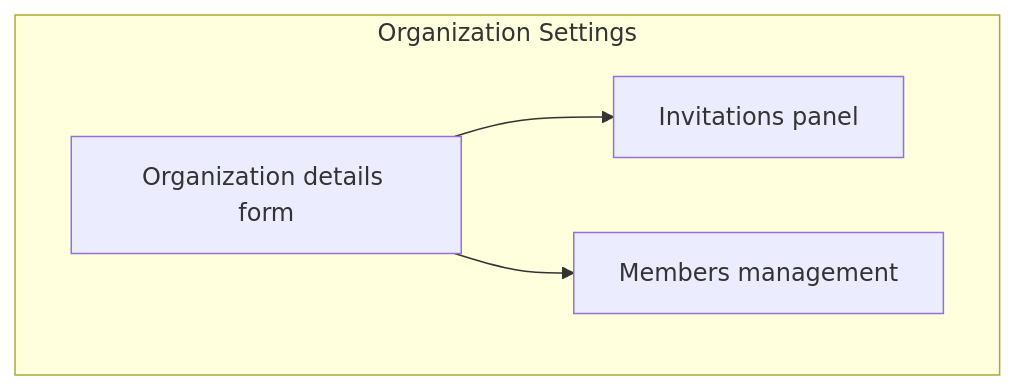
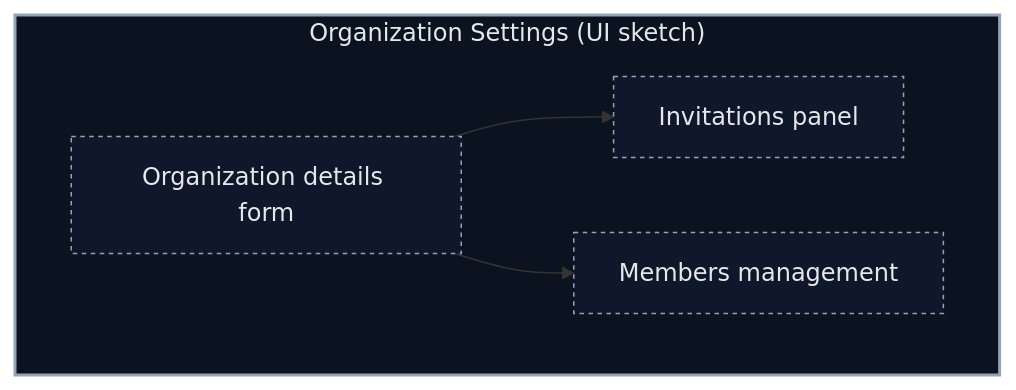
The ninth of 10 diagrams in README.md (TaurasGG/altpro), drawn with Mermaid before and after one commit. The commit also changed other lines of this file, not shown here.

````diff
--- a/README.md
+++ b/README.md
@@ -172,10 +206,14 @@
 ```mermaid
-flowchart TD
-  subgraph OrgSettings["Organization Settings"]
-    DETAILS["Organization details form"]
-    INVITES["Invitations panel"]
-    MEMBERS["Members management"]
+flowchart TB
+  classDef container stroke:#94a3b8,fill:#0b1220,stroke-width:2,color:#e5e7eb;
+  classDef component stroke:#94a3b8,fill:#0f172a,stroke-dasharray:3 3,color:#e5e7eb,stroke-width:1;
+  subgraph Page["Organization Settings (UI sketch)"]
+    Details["Organization details form"]
+    Invitations["Invitations panel"]
+    Members["Members management"]
   end
-  DETAILS --> INVITES
-  DETAILS --> MEMBERS
+  Details --> Invitations
+  Details --> Members
+  class Page container
+  class Details,Invitations,Members component
 ```
````
